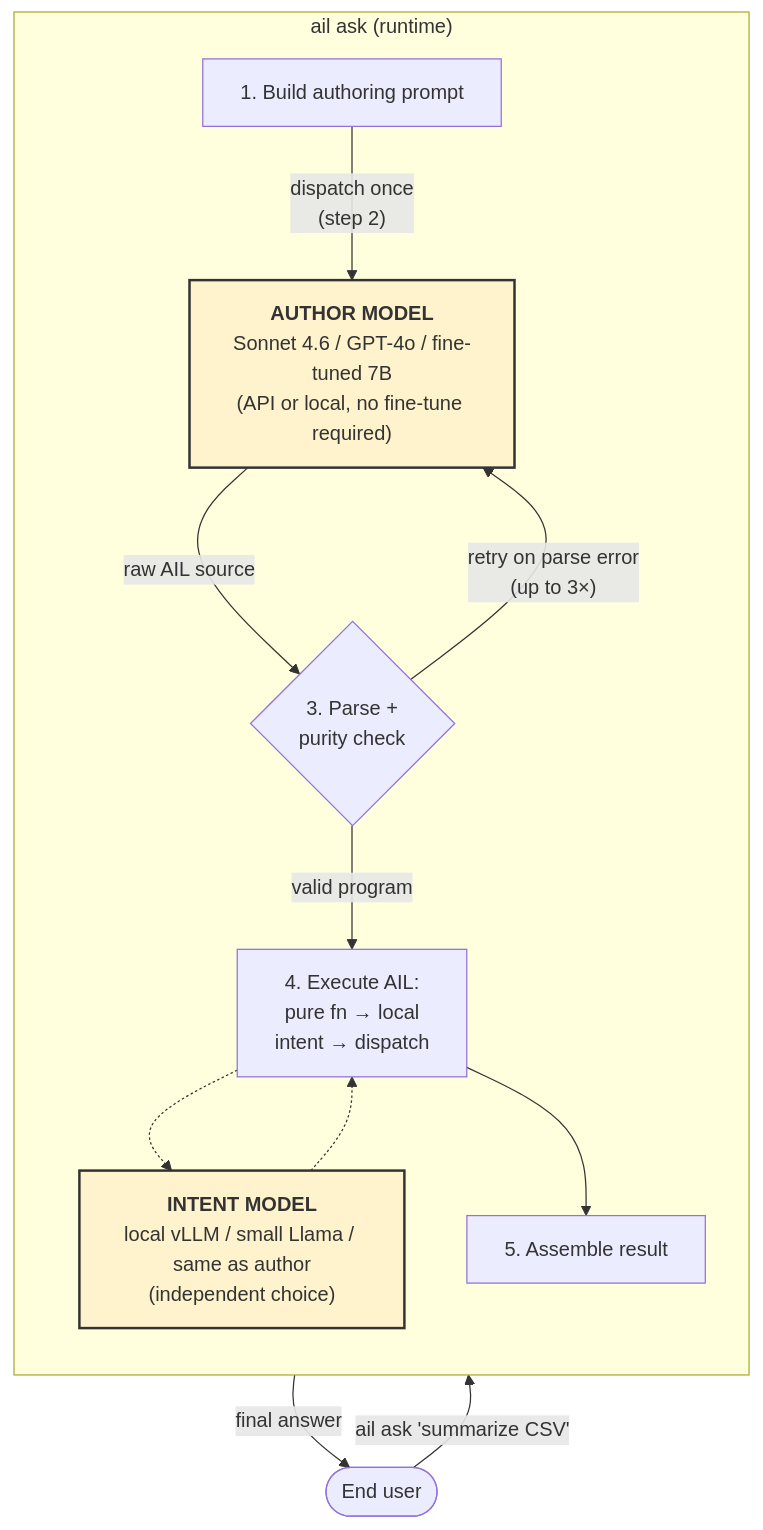
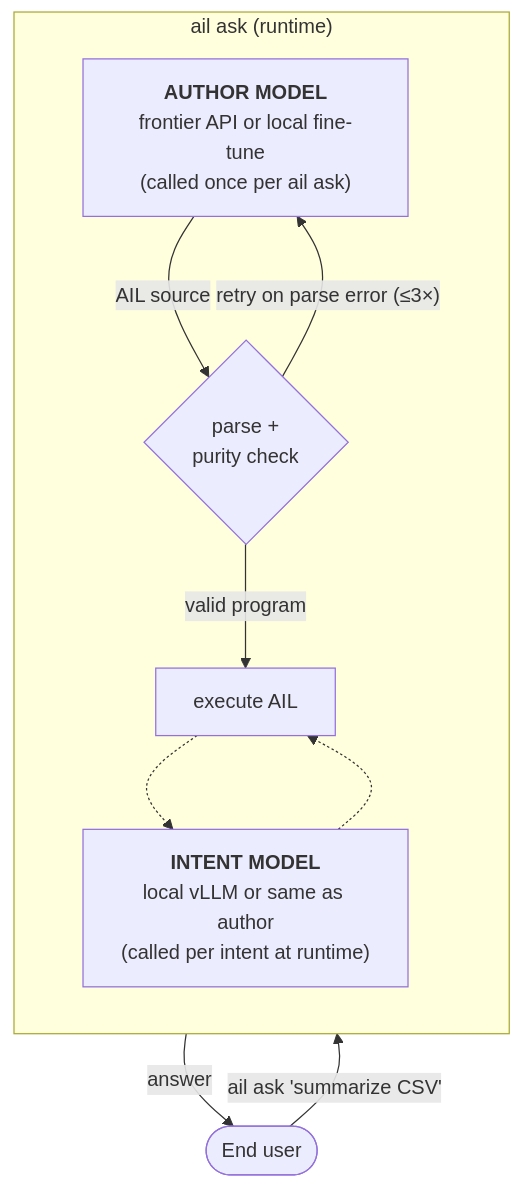
The diagram in docs/heaal/README.md (hyun06000/AIL), drawn with Mermaid before and after one commit. The commit also changed other lines of this file and 2 other files, not shown here.

````diff
--- a/docs/heaal/README.md
+++ b/docs/heaal/README.md
@@ -42,28 +17,21 @@
 ```mermaid
 flowchart TD
     User([End user])
     User -- "ail ask 'summarize CSV'" --> Ask[ail runtime]
 
     subgraph Ask[" ail ask (runtime) "]
         direction TB
-        P1[1. Build authoring prompt]
-        AM["<b>AUTHOR MODEL</b><br/>Sonnet 4.6 / GPT-4o / fine-tuned 7B<br/>(API or local, no fine-tune required)"]
-        P3{3. Parse +<br/>purity check}
-        P4[4. Execute AIL:<br/>pure fn → local<br/>intent → dispatch]
-        IM["<b>INTENT MODEL</b><br/>local vLLM / small Llama / same as author<br/>(independent choice)"]
-        P5[5. Assemble result]
+        AM["<b>AUTHOR MODEL</b><br/>frontier API or local fine-tune<br/>(called once per ail ask)"]
+        P3{parse +<br/>purity check}
+        P4[execute AIL]
+        IM["<b>INTENT MODEL</b><br/>local vLLM or same as author<br/>(called per intent at runtime)"]
 
-        P1 -- "dispatch once<br/>(step 2)" --> AM
-        AM -- "raw AIL source" --> P3
-        P3 -- "retry on parse error<br/>(up to 3×)" --> AM
+        AM -- "AIL source" --> P3
+        P3 -- "retry on parse error (≤3×)" --> AM
         P3 -- "valid program" --> P4
         P4 -.-> IM
         IM -.-> P4
-        P4 --> P5
     end
 
-    Ask -- "final answer" --> User
-
-    classDef role fill:#fff3cd,stroke:#333,stroke-width:2px
-    class AM,IM role
+    Ask -- "answer" --> User
 ```
````
